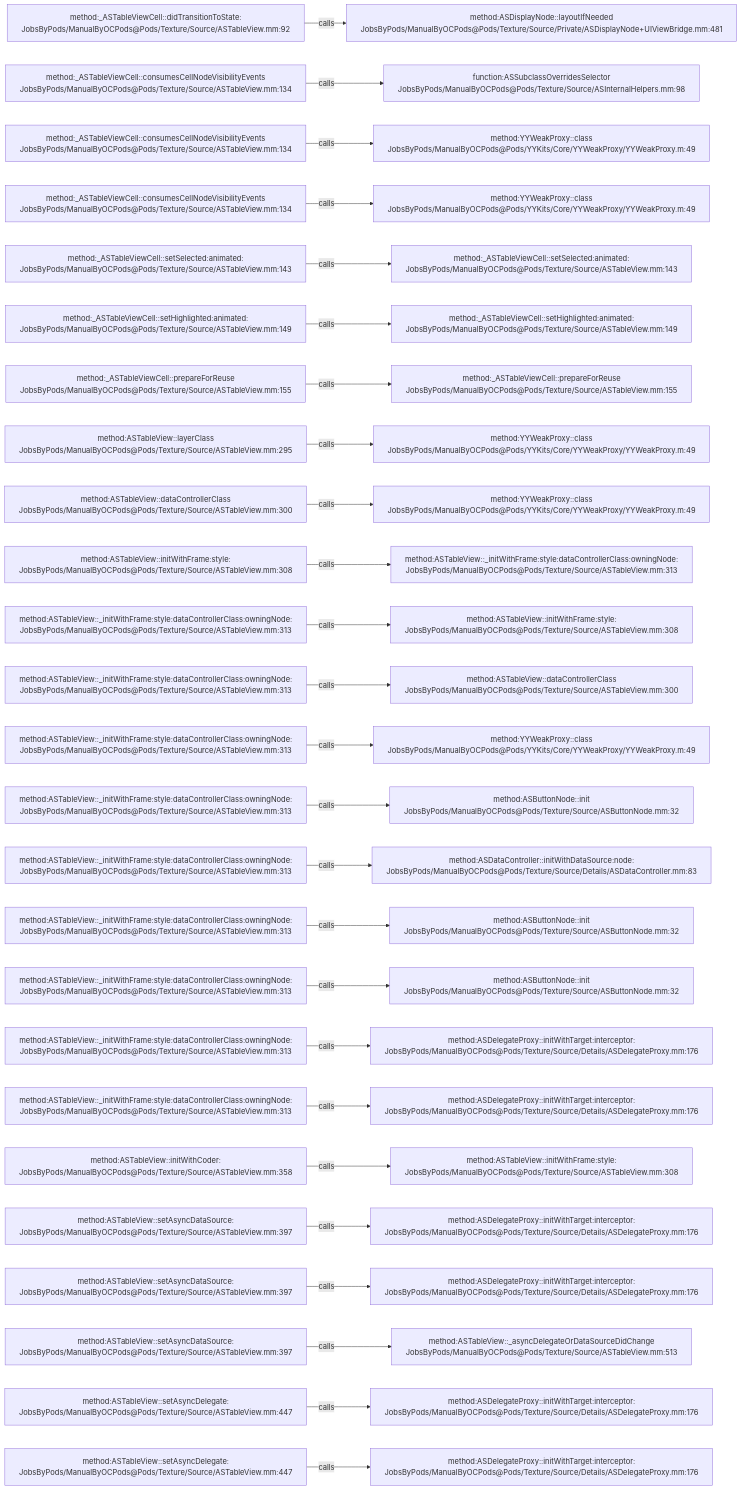
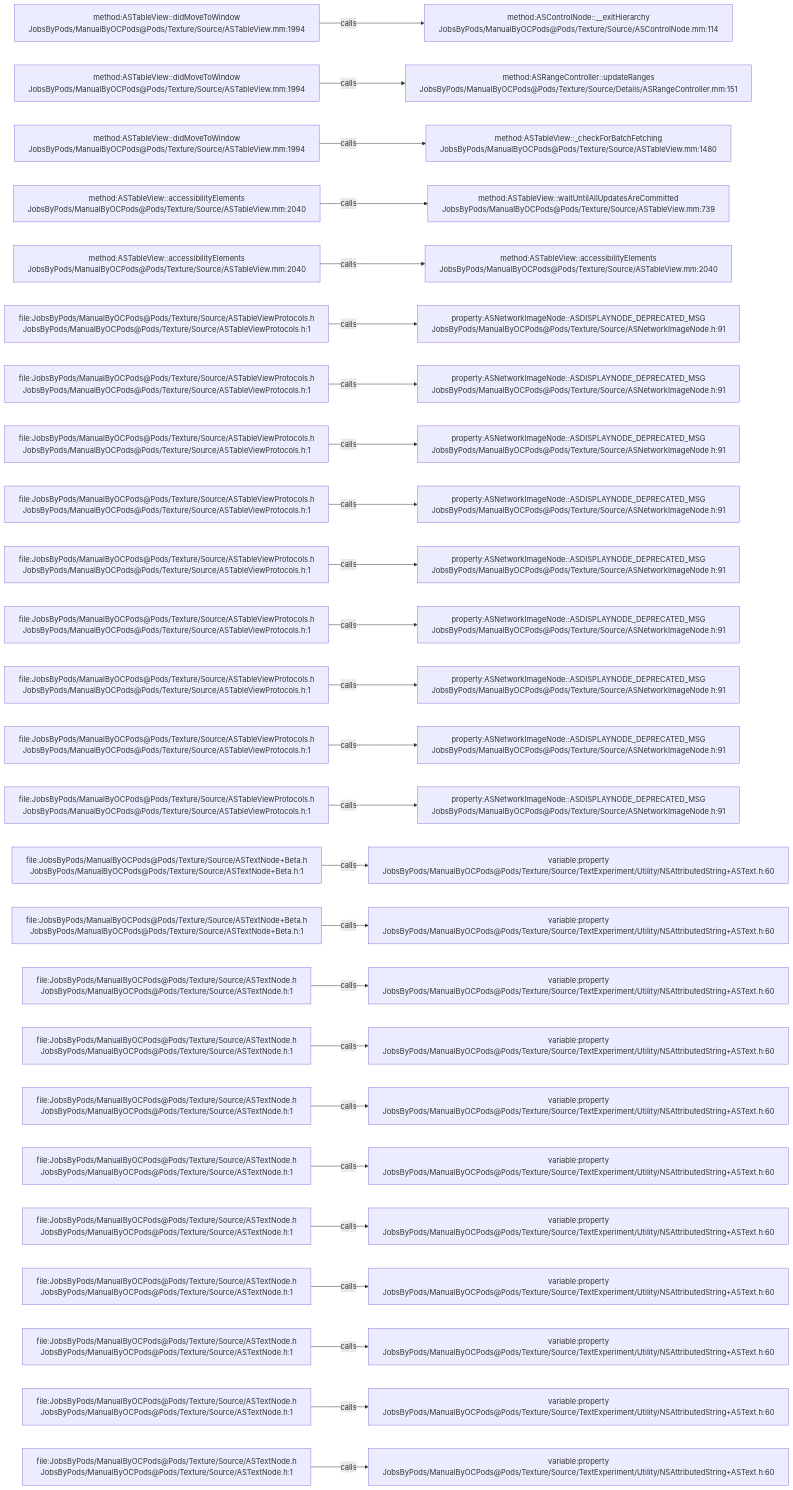
Before and after one commit to JobsKits/JobsOCBaseConfigDemo: the diagram in .codegraph/codegraph.md/graphs/calls-124.md, drawn with Mermaid. The commit also changed 1448 other files, not shown here.

````diff
--- a/.codegraph/codegraph.md/graphs/calls-124.md
+++ b/.codegraph/codegraph.md/graphs/calls-124.md
@@ -13,78 +13,78 @@
 ```mermaid
 flowchart LR
-  S1["method:_ASTableViewCell::didTransitionToState:<br/>JobsByPods/ManualByOCPods@Pods/Texture/Source/ASTableView.mm:92"]
-  T1["method:ASDisplayNode::layoutIfNeeded<br/>JobsByPods/ManualByOCPods@Pods/Texture/Source/Private/ASDisplayNode+UIViewBridge.mm:481"]
+  S1["method:ASTableView::didMoveToWindow<br/>JobsByPods/ManualByOCPods@Pods/Texture/Source/ASTableView.mm:1994"]
+  T1["method:ASControlNode::__exitHierarchy<br/>JobsByPods/ManualByOCPods@Pods/Texture/Source/ASControlNode.mm:114"]
   S1 -->|calls| T1
-  S2["method:_ASTableViewCell::consumesCellNodeVisibilityEvents<br/>JobsByPods/ManualByOCPods@Pods/Texture/Source/ASTableView.mm:134"]
-  T2["function:ASSubclassOverridesSelector<br/>JobsByPods/ManualByOCPods@Pods/Texture/Source/ASInternalHelpers.mm:98"]
+  S2["method:ASTableView::didMoveToWindow<br/>JobsByPods/ManualByOCPods@Pods/Texture/Source/ASTableView.mm:1994"]
+  T2["method:ASRangeController::updateRanges<br/>JobsByPods/ManualByOCPods@Pods/Texture/Source/Details/ASRangeController.mm:151"]
   S2 -->|calls| T2
-  S3["method:_ASTableViewCell::consumesCellNodeVisibilityEvents<br/>JobsByPods/ManualByOCPods@Pods/Texture/Source/ASTableView.mm:134"]
-  T3["method:YYWeakProxy::class<br/>JobsByPods/ManualByOCPods@Pods/YYKits/Core/YYWeakProxy/YYWeakProxy.m:49"]
+  S3["method:ASTableView::didMoveToWindow<br/>JobsByPods/ManualByOCPods@Pods/Texture/Source/ASTableView.mm:1994"]
+  T3["method:ASTableView::_checkForBatchFetching<br/>JobsByPods/ManualByOCPods@Pods/Texture/Source/ASTableView.mm:1480"]
   S3 -->|calls| T3
-  S4["method:_ASTableViewCell::consumesCellNodeVisibilityEvents<br/>JobsByPods/ManualByOCPods@Pods/Texture/Source/ASTableView.mm:134"]
-  T4["method:YYWeakProxy::class<br/>JobsByPods/ManualByOCPods@Pods/YYKits/Core/YYWeakProxy/YYWeakProxy.m:49"]
+  S4["method:ASTableView::accessibilityElements<br/>JobsByPods/ManualByOCPods@Pods/Texture/Source/ASTableView.mm:2040"]
+  T4["method:ASTableView::waitUntilAllUpdatesAreCommitted<br/>JobsByPods/ManualByOCPods@Pods/Texture/Source/ASTableView.mm:739"]
   S4 -->|calls| T4
-  S5["method:_ASTableViewCell::setSelected:animated:<br/>JobsByPods/ManualByOCPods@Pods/Texture/Source/ASTableView.mm:143"]
-  T5["method:_ASTableViewCell::setSelected:animated:<br/>JobsByPods/ManualByOCPods@Pods/Texture/Source/ASTableView.mm:143"]
+  S5["method:ASTableView::accessibilityElements<br/>JobsByPods/ManualByOCPods@Pods/Texture/Source/ASTableView.mm:2040"]
+  T5["method:ASTableView::accessibilityElements<br/>JobsByPods/ManualByOCPods@Pods/Texture/Source/ASTableView.mm:2040"]
   S5 -->|calls| T5
-  S6["method:_ASTableViewCell::setHighlighted:animated:<br/>JobsByPods/ManualByOCPods@Pods/Texture/Source/ASTableView.mm:149"]
-  T6["method:_ASTableViewCell::setHighlighted:animated:<br/>JobsByPods/ManualByOCPods@Pods/Texture/Source/ASTableView.mm:149"]
+  S6["file:JobsByPods/ManualByOCPods@Pods/Texture/Source/ASTableViewProtocols.h<br/>JobsByPods/ManualByOCPods@Pods/Texture/Source/ASTableViewProtocols.h:1"]
+  T6["property:ASNetworkImageNode::ASDISPLAYNODE_DEPRECATED_MSG<br/>JobsByPods/ManualByOCPods@Pods/Texture/Source/ASNetworkImageNode.h:91"]
   S6 -->|calls| T6
-  S7["method:_ASTableViewCell::prepareForReuse<br/>JobsByPods/ManualByOCPods@Pods/Texture/Source/ASTableView.mm:155"]
-  T7["method:_ASTableViewCell::prepareForReuse<br/>JobsByPods/ManualByOCPods@Pods/Texture/Source/ASTableView.mm:155"]
+  S7["file:JobsByPods/ManualByOCPods@Pods/Texture/Source/ASTableViewProtocols.h<br/>JobsByPods/ManualByOCPods@Pods/Texture/Source/ASTableViewProtocols.h:1"]
+  T7["property:ASNetworkImageNode::ASDISPLAYNODE_DEPRECATED_MSG<br/>JobsByPods/ManualByOCPods@Pods/Texture/Source/ASNetworkImageNode.h:91"]
   S7 -->|calls| T7
-  S8["method:ASTableView::layerClass<br/>JobsByPods/ManualByOCPods@Pods/Texture/Source/ASTableView.mm:295"]
-  T8["method:YYWeakProxy::class<br/>JobsByPods/ManualByOCPods@Pods/YYKits/Core/YYWeakProxy/YYWeakProxy.m:49"]
+  S8["file:JobsByPods/ManualByOCPods@Pods/Texture/Source/ASTableViewProtocols.h<br/>JobsByPods/ManualByOCPods@Pods/Texture/Source/ASTableViewProtocols.h:1"]
+  T8["property:ASNetworkImageNode::ASDISPLAYNODE_DEPRECATED_MSG<br/>JobsByPods/ManualByOCPods@Pods/Texture/Source/ASNetworkImageNode.h:91"]
   S8 -->|calls| T8
-  S9["method:ASTableView::dataControllerClass<br/>JobsByPods/ManualByOCPods@Pods/Texture/Source/ASTableView.mm:300"]
-  T9["method:YYWeakProxy::class<br/>JobsByPods/ManualByOCPods@Pods/YYKits/Core/YYWeakProxy/YYWeakProxy.m:49"]
+  S9["file:JobsByPods/ManualByOCPods@Pods/Texture/Source/ASTableViewProtocols.h<br/>JobsByPods/ManualByOCPods@Pods/Texture/Source/ASTableViewProtocols.h:1"]
+  T9["property:ASNetworkImageNode::ASDISPLAYNODE_DEPRECATED_MSG<br/>JobsByPods/ManualByOCPods@Pods/Texture/Source/ASNetworkImageNode.h:91"]
   S9 -->|calls| T9
-  S10["method:ASTableView::initWithFrame:style:<br/>JobsByPods/ManualByOCPods@Pods/Texture/Source/ASTableView.mm:308"]
-  T10["method:ASTableView::_initWithFrame:style:dataControllerClass:owningNode:<br/>JobsByPods/ManualByOCPods@Pods/Texture/Source/ASTableView.mm:313"]
+  S10["file:JobsByPods/ManualByOCPods@Pods/Texture/Source/ASTableViewProtocols.h<br/>JobsByPods/ManualByOCPods@Pods/Texture/Source/ASTableViewProtocols.h:1"]
+  T10["property:ASNetworkImageNode::ASDISPLAYNODE_DEPRECATED_MSG<br/>JobsByPods/ManualByOCPods@Pods/Texture/Source/ASNetworkImageNode.h:91"]
   S10 -->|calls| T10
-  S11["method:ASTableView::_initWithFrame:style:dataControllerClass:owningNode:<br/>JobsByPods/ManualByOCPods@Pods/Texture/Source/ASTableView.mm:313"]
-  T11["method:ASTableView::initWithFrame:style:<br/>JobsByPods/ManualByOCPods@Pods/Texture/Source/ASTableView.mm:308"]
+  S11["file:JobsByPods/ManualByOCPods@Pods/Texture/Source/ASTableViewProtocols.h<br/>JobsByPods/ManualByOCPods@Pods/Texture/Source/ASTableViewProtocols.h:1"]
+  T11["property:ASNetworkImageNode::ASDISPLAYNODE_DEPRECATED_MSG<br/>JobsByPods/ManualByOCPods@Pods/Texture/Source/ASNetworkImageNode.h:91"]
   S11 -->|calls| T11
-  S12["method:ASTableView::_initWithFrame:style:dataControllerClass:owningNode:<br/>JobsByPods/ManualByOCPods@Pods/Texture/Source/ASTableView.mm:313"]
-  T12["method:ASTableView::dataControllerClass<br/>JobsByPods/ManualByOCPods@Pods/Texture/Source/ASTableView.mm:300"]
+  S12["file:JobsByPods/ManualByOCPods@Pods/Texture/Source/ASTableViewProtocols.h<br/>JobsByPods/ManualByOCPods@Pods/Texture/Source/ASTableViewProtocols.h:1"]
+  T12["property:ASNetworkImageNode::ASDISPLAYNODE_DEPRECATED_MSG<br/>JobsByPods/ManualByOCPods@Pods/Texture/Source/ASNetworkImageNode.h:91"]
   S12 -->|calls| T12
-  S13["method:ASTableView::_initWithFrame:style:dataControllerClass:owningNode:<br/>JobsByPods/ManualByOCPods@Pods/Texture/Source/ASTableView.mm:313"]
-  T13["method:YYWeakProxy::class<br/>JobsByPods/ManualByOCPods@Pods/YYKits/Core/YYWeakProxy/YYWeakProxy.m:49"]
+  S13["file:JobsByPods/ManualByOCPods@Pods/Texture/Source/ASTableViewProtocols.h<br/>JobsByPods/ManualByOCPods@Pods/Texture/Source/ASTableViewProtocols.h:1"]
+  T13["property:ASNetworkImageNode::ASDISPLAYNODE_DEPRECATED_MSG<br/>JobsByPods/ManualByOCPods@Pods/Texture/Source/ASNetworkImageNode.h:91"]
   S13 -->|calls| T13
-  S14["method:ASTableView::_initWithFrame:style:dataControllerClass:owningNode:<br/>JobsByPods/ManualByOCPods@Pods/Texture/Source/ASTableView.mm:313"]
-  T14["method:ASButtonNode::init<br/>JobsByPods/ManualByOCPods@Pods/Texture/Source/ASButtonNode.mm:32"]
+  S14["file:JobsByPods/ManualByOCPods@Pods/Texture/Source/ASTableViewProtocols.h<br/>JobsByPods/ManualByOCPods@Pods/Texture/Source/ASTableViewProtocols.h:1"]
+  T14["property:ASNetworkImageNode::ASDISPLAYNODE_DEPRECATED_MSG<br/>JobsByPods/ManualByOCPods@Pods/Texture/Source/ASNetworkImageNode.h:91"]
   S14 -->|calls| T14
-  S15["method:ASTableView::_initWithFrame:style:dataControllerClass:owningNode:<br/>JobsByPods/ManualByOCPods@Pods/Texture/Source/ASTableView.mm:313"]
-  T15["method:ASDataController::initWithDataSource:node:<br/>JobsByPods/ManualByOCPods@Pods/Texture/Source/Details/ASDataController.mm:83"]
+  S15["file:JobsByPods/ManualByOCPods@Pods/Texture/Source/ASTextNode+Beta.h<br/>JobsByPods/ManualByOCPods@Pods/Texture/Source/ASTextNode+Beta.h:1"]
+  T15["variable:property<br/>JobsByPods/ManualByOCPods@Pods/Texture/Source/TextExperiment/Utility/NSAttributedString+ASText.h:60"]
   S15 -->|calls| T15
-  S16["method:ASTableView::_initWithFrame:style:dataControllerClass:owningNode:<br/>JobsByPods/ManualByOCPods@Pods/Texture/Source/ASTableView.mm:313"]
-  T16["method:ASButtonNode::init<br/>JobsByPods/ManualByOCPods@Pods/Texture/Source/ASButtonNode.mm:32"]
+  S16["file:JobsByPods/ManualByOCPods@Pods/Texture/Source/ASTextNode+Beta.h<br/>JobsByPods/ManualByOCPods@Pods/Texture/Source/ASTextNode+Beta.h:1"]
+  T16["variable:property<br/>JobsByPods/ManualByOCPods@Pods/Texture/Source/TextExperiment/Utility/NSAttributedString+ASText.h:60"]
   S16 -->|calls| T16
-  S17["method:ASTableView::_initWithFrame:style:dataControllerClass:owningNode:<br/>JobsByPods/ManualByOCPods@Pods/Texture/Source/ASTableView.mm:313"]
-  T17["method:ASButtonNode::init<br/>JobsByPods/ManualByOCPods@Pods/Texture/Source/ASButtonNode.mm:32"]
+  S17["file:JobsByPods/ManualByOCPods@Pods/Texture/Source/ASTextNode.h<br/>JobsByPods/ManualByOCPods@Pods/Texture/Source/ASTextNode.h:1"]
+  T17["variable:property<br/>JobsByPods/ManualByOCPods@Pods/Texture/Source/TextExperiment/Utility/NSAttributedString+ASText.h:60"]
   S17 -->|calls| T17
-  S18["method:ASTableView::_initWithFrame:style:dataControllerClass:owningNode:<br/>JobsByPods/ManualByOCPods@Pods/Texture/Source/ASTableView.mm:313"]
-  T18["method:ASDelegateProxy::initWithTarget:interceptor:<br/>JobsByPods/ManualByOCPods@Pods/Texture/Source/Details/ASDelegateProxy.mm:176"]
+  S18["file:JobsByPods/ManualByOCPods@Pods/Texture/Source/ASTextNode.h<br/>JobsByPods/ManualByOCPods@Pods/Texture/Source/ASTextNode.h:1"]
+  T18["variable:property<br/>JobsByPods/ManualByOCPods@Pods/Texture/Source/TextExperiment/Utility/NSAttributedString+ASText.h:60"]
   S18 -->|calls| T18
-  S19["method:ASTableView::_initWithFrame:style:dataControllerClass:owningNode:<br/>JobsByPods/ManualByOCPods@Pods/Texture/Source/ASTableView.mm:313"]
-  T19["method:ASDelegateProxy::initWithTarget:interceptor:<br/>JobsByPods/ManualByOCPods@Pods/Texture/Source/Details/ASDelegateProxy.mm:176"]
+  S19["file:JobsByPods/ManualByOCPods@Pods/Texture/Source/ASTextNode.h<br/>JobsByPods/ManualByOCPods@Pods/Texture/Source/ASTextNode.h:1"]
+  T19["variable:property<br/>JobsByPods/ManualByOCPods@Pods/Texture/Source/TextExperiment/Utility/NSAttributedString+ASText.h:60"]
   S19 -->|calls| T19
-  S20["method:ASTableView::initWithCoder:<br/>JobsByPods/ManualByOCPods@Pods/Texture/Source/ASTableView.mm:358"]
-  T20["method:ASTableView::initWithFrame:style:<br/>JobsByPods/ManualByOCPods@Pods/Texture/Source/ASTableView.mm:308"]
+  S20["file:JobsByPods/ManualByOCPods@Pods/Texture/Source/ASTextNode.h<br/>JobsByPods/ManualByOCPods@Pods/Texture/Source/ASTextNode.h:1"]
+  T20["variable:property<br/>JobsByPods/ManualByOCPods@Pods/Texture/Source/TextExperiment/Utility/NSAttributedString+ASText.h:60"]
   S20 -->|calls| T20
-  S21["method:ASTableView::setAsyncDataSource:<br/>JobsByPods/ManualByOCPods@Pods/Texture/Source/ASTableView.mm:397"]
-  T21["method:ASDelegateProxy::initWithTarget:interceptor:<br/>JobsByPods/ManualByOCPods@Pods/Texture/Source/Details/ASDelegateProxy.mm:176"]
+  S21["file:JobsByPods/ManualByOCPods@Pods/Texture/Source/ASTextNode.h<br/>JobsByPods/ManualByOCPods@Pods/Texture/Source/ASTextNode.h:1"]
+  T21["variable:property<br/>JobsByPods/ManualByOCPods@Pods/Texture/Source/TextExperiment/Utility/NSAttributedString+ASText.h:60"]
   S21 -->|calls| T21
-  S22["method:ASTableView::setAsyncDataSource:<br/>JobsByPods/ManualByOCPods@Pods/Texture/Source/ASTableView.mm:397"]
-  T22["method:ASDelegateProxy::initWithTarget:interceptor:<br/>JobsByPods/ManualByOCPods@Pods/Texture/Source/Details/ASDelegateProxy.mm:176"]
+  S22["file:JobsByPods/ManualByOCPods@Pods/Texture/Source/ASTextNode.h<br/>JobsByPods/ManualByOCPods@Pods/Texture/Source/ASTextNode.h:1"]
+  T22["variable:property<br/>JobsByPods/ManualByOCPods@Pods/Texture/Source/TextExperiment/Utility/NSAttributedString+ASText.h:60"]
   S22 -->|calls| T22
-  S23["method:ASTableView::setAsyncDataSource:<br/>JobsByPods/ManualByOCPods@Pods/Texture/Source/ASTableView.mm:397"]
-  T23["method:ASTableView::_asyncDelegateOrDataSourceDidChange<br/>JobsByPods/ManualByOCPods@Pods/Texture/Source/ASTableView.mm:513"]
+  S23["file:JobsByPods/ManualByOCPods@Pods/Texture/Source/ASTextNode.h<br/>JobsByPods/ManualByOCPods@Pods/Texture/Source/ASTextNode.h:1"]
+  T23["variable:property<br/>JobsByPods/ManualByOCPods@Pods/Texture/Source/TextExperiment/Utility/NSAttributedString+ASText.h:60"]
   S23 -->|calls| T23
-  S24["method:ASTableView::setAsyncDelegate:<br/>JobsByPods/ManualByOCPods@Pods/Texture/Source/ASTableView.mm:447"]
-  T24["method:ASDelegateProxy::initWithTarget:interceptor:<br/>JobsByPods/ManualByOCPods@Pods/Texture/Source/Details/ASDelegateProxy.mm:176"]
+  S24["file:JobsByPods/ManualByOCPods@Pods/Texture/Source/ASTextNode.h<br/>JobsByPods/ManualByOCPods@Pods/Texture/Source/ASTextNode.h:1"]
+  T24["variable:property<br/>JobsByPods/ManualByOCPods@Pods/Texture/Source/TextExperiment/Utility/NSAttributedString+ASText.h:60"]
   S24 -->|calls| T24
-  S25["method:ASTableView::setAsyncDelegate:<br/>JobsByPods/ManualByOCPods@Pods/Texture/Source/ASTableView.mm:447"]
-  T25["method:ASDelegateProxy::initWithTarget:interceptor:<br/>JobsByPods/ManualByOCPods@Pods/Texture/Source/Details/ASDelegateProxy.mm:176"]
+  S25["file:JobsByPods/ManualByOCPods@Pods/Texture/Source/ASTextNode.h<br/>JobsByPods/ManualByOCPods@Pods/Texture/Source/ASTextNode.h:1"]
+  T25["variable:property<br/>JobsByPods/ManualByOCPods@Pods/Texture/Source/TextExperiment/Utility/NSAttributedString+ASText.h:60"]
   S25 -->|calls| T25
 ```
````
